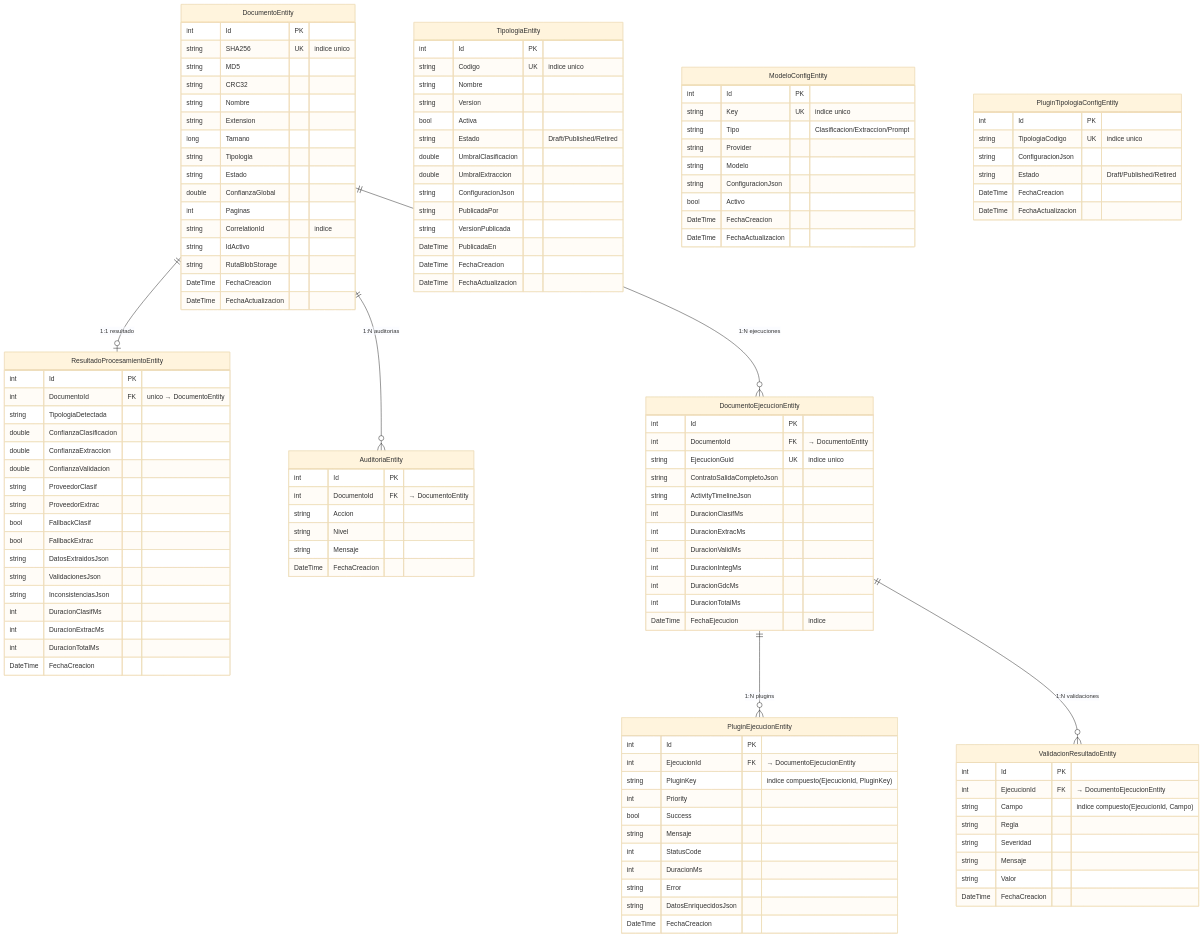
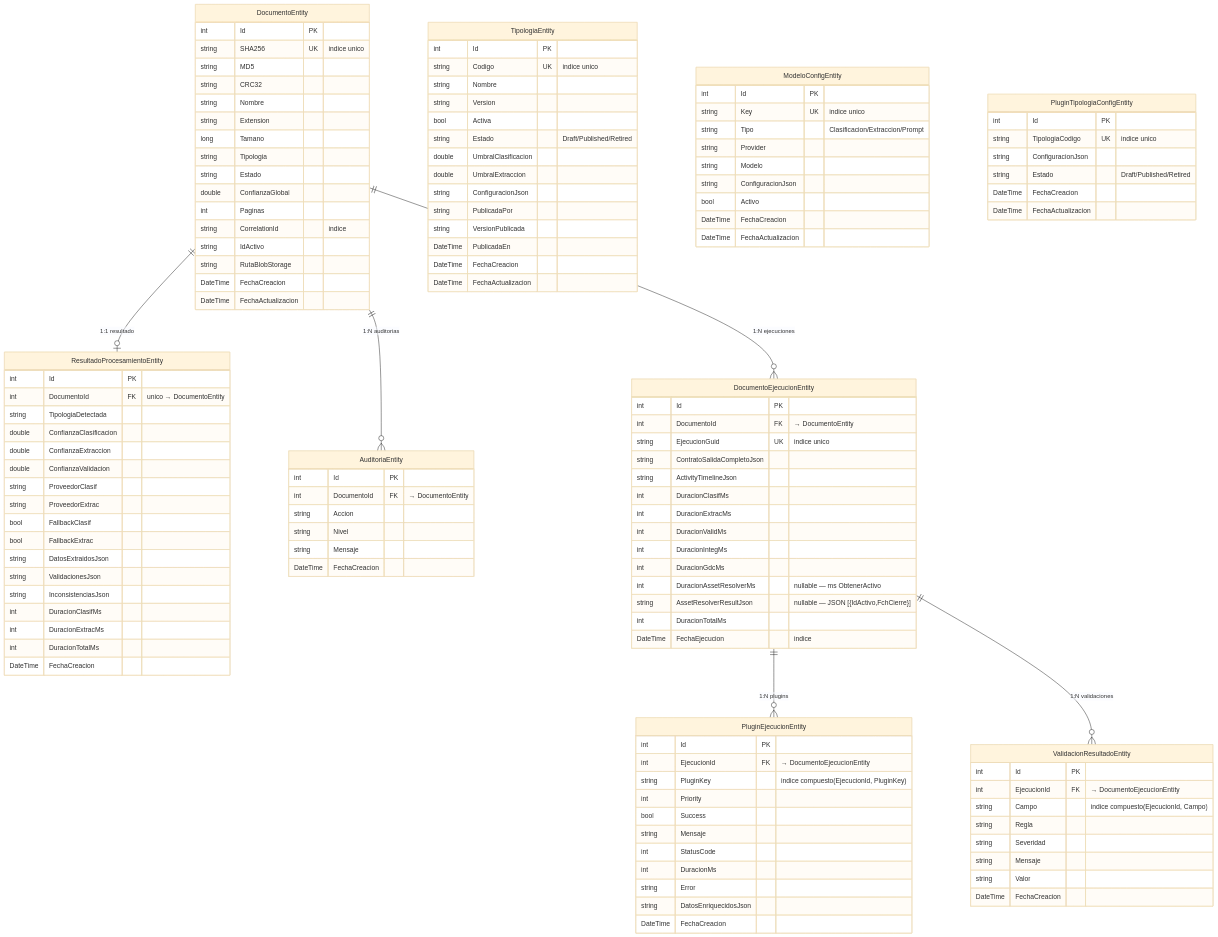
Before and after one commit to nvcrisologo02/AI-DocClassExt: the ninth of 11 diagrams in docs/03_DISENO_TECNICO_DETALLADO.md, drawn with Mermaid (base theme). The commit also changed other lines of this file and 36 other files, not shown here.

Commit message:
Feature, AssetResolver, actividad que conecta contra ODS y recupera informacion del activo en base a IDUFIR y /o referencia catastral, nuevo proyecto para plugin asset resolver, cambios en orquestador, tipologias, bbdd y proyecto de test

```diff
--- a/docs/03_DISENO_TECNICO_DETALLADO.md
+++ b/docs/03_DISENO_TECNICO_DETALLADO.md
@@ -538,6 +610,8 @@
         int DuracionValidMs
         int DuracionIntegMs
         int DuracionGdcMs
+        int DuracionAssetResolverMs "nullable — ms ObtenerActivo"
+        string AssetResolverResultJson "nullable — JSON [{IdActivo,FchCierre}]"
         int DuracionTotalMs
         DateTime FechaEjecucion "indice"
     }
```
